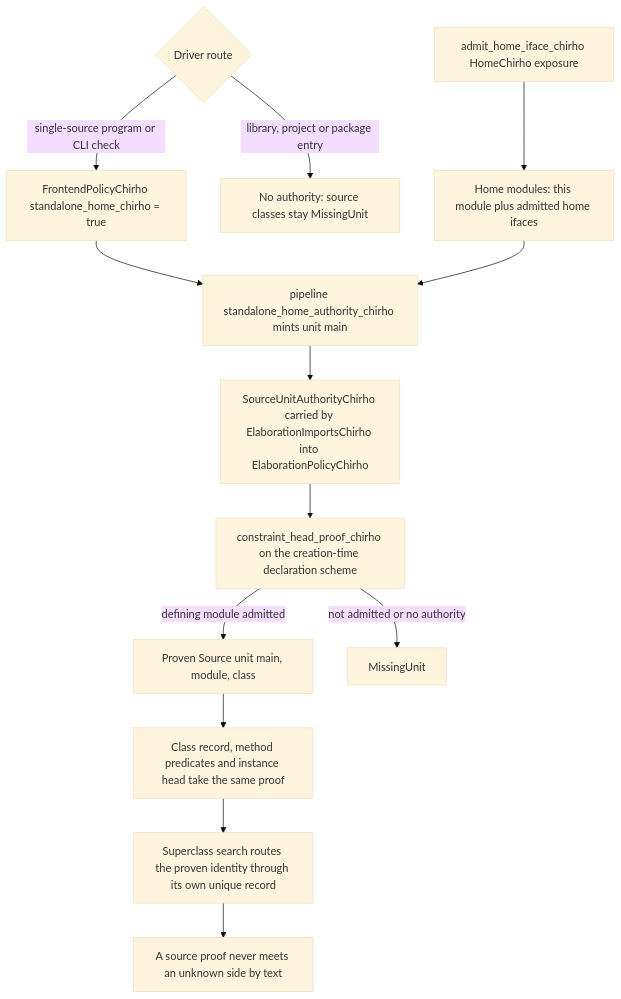
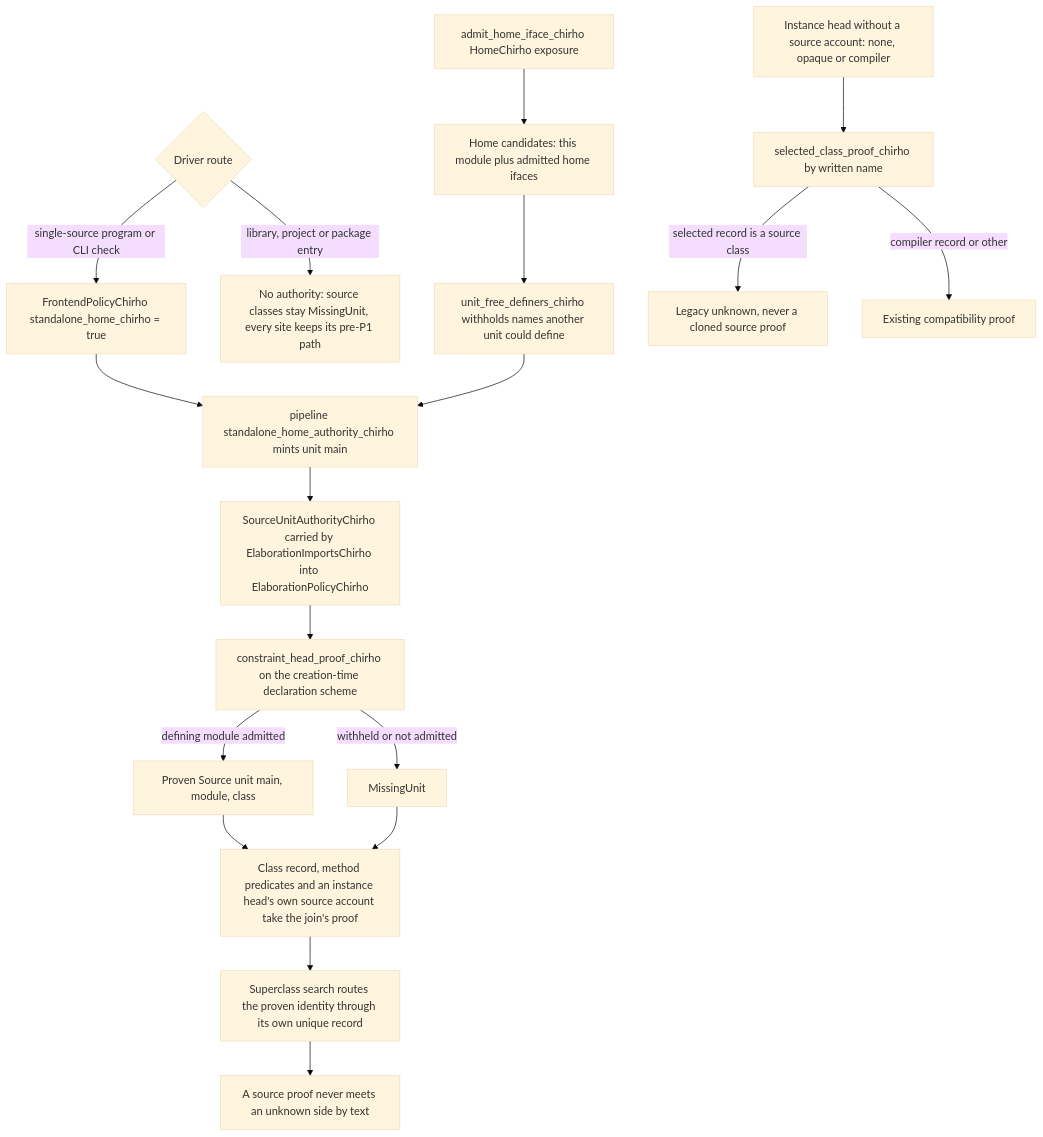
One commit to loveJesus/haskelujah-chirho changed diagram 21 of 21 in spec-chirho/workflows-chirho/language-features-chirho/dictionary-evidence-chirho.md. Above: the diagram before and after it, drawn with Mermaid (base theme). The commit also changed other lines of this file and 6 other files, not shown here.

````diff
--- a/spec-chirho/workflows-chirho/language-features-chirho/dictionary-evidence-chirho.md
+++ b/spec-chirho/workflows-chirho/language-features-chirho/dictionary-evidence-chirho.md
@@ -1199,15 +1199,20 @@
 ```mermaid
 flowchart TD
     route_chirho{Driver route} -- single-source program or CLI check --> flag_chirho[FrontendPolicyChirho standalone_home_chirho = true]
-    route_chirho -- library, project or package entry --> none_chirho[No authority: source classes stay MissingUnit]
+    route_chirho -- library, project or package entry --> none_chirho[No authority: source classes stay MissingUnit, every site keeps its pre-P1 path]
     flag_chirho --> mint_chirho[pipeline standalone_home_authority_chirho mints unit main]
-    admit_chirho[admit_home_iface_chirho HomeChirho exposure] --> members_chirho[Home modules: this module plus admitted home ifaces]
-    members_chirho --> mint_chirho
+    admit_chirho[admit_home_iface_chirho HomeChirho exposure] --> members_chirho[Home candidates: this module plus admitted home ifaces]
+    members_chirho --> withhold_chirho[unit_free_definers_chirho withholds names another unit could define]
+    withhold_chirho --> mint_chirho
     mint_chirho --> carrier_chirho[SourceUnitAuthorityChirho carried by ElaborationImportsChirho into ElaborationPolicyChirho]
     carrier_chirho --> join_chirho[constraint_head_proof_chirho on the creation-time declaration scheme]
     join_chirho -- defining module admitted --> source_chirho[Proven Source unit main, module, class]
-    join_chirho -- not admitted or no authority --> missing_chirho[MissingUnit]
-    source_chirho --> sites_chirho[Class record, method predicates and instance head take the same proof]
+    join_chirho -- withheld or not admitted --> missing_chirho[MissingUnit]
+    source_chirho --> sites_chirho[Class record, method predicates and an instance head's own source account take the join's proof]
+    missing_chirho --> sites_chirho
+    bare_chirho[Instance head without a source account: none, opaque or compiler] --> selected_chirho[selected_class_proof_chirho by written name]
+    selected_chirho -- selected record is a source class --> legacy_chirho[Legacy unknown, never a cloned source proof]
+    selected_chirho -- compiler record or other --> kept_chirho[Existing compatibility proof]
     sites_chirho --> search_chirho[Superclass search routes the proven identity through its own unique record]
     search_chirho --> unknown_chirho[A source proof never meets an unknown side by text]
 ```
````
